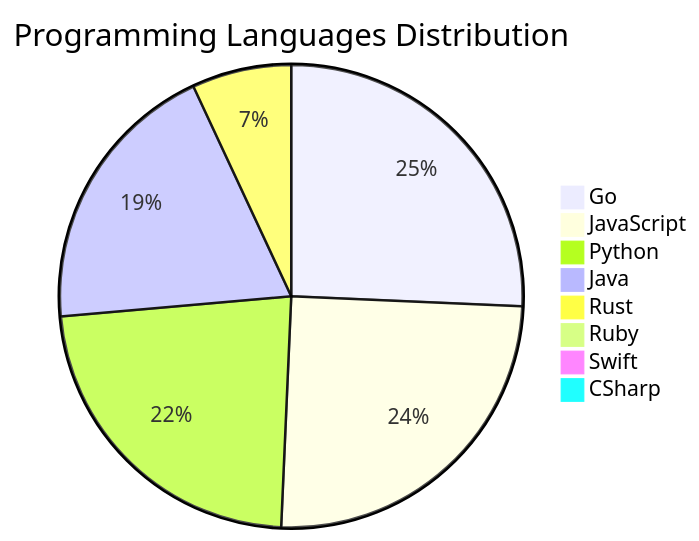
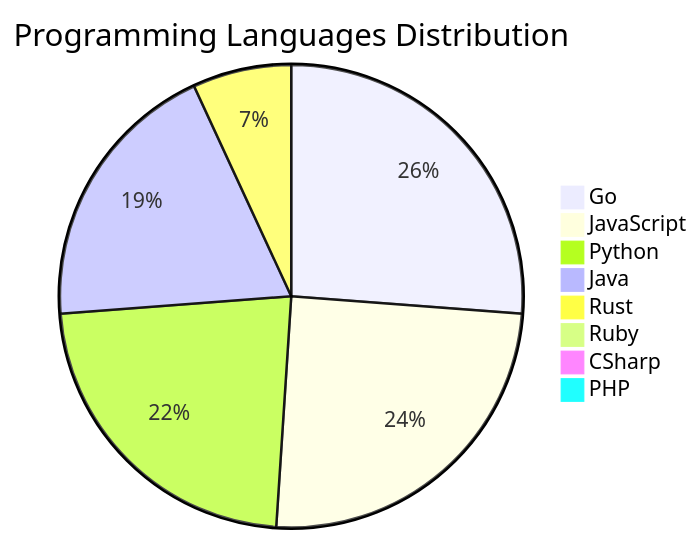
Before and after one commit to Derrick-MUGISHA/github-activity-bot: the diagram in README.md, drawn with Mermaid. The commit also changed other lines of this file and 4 other files, not shown here.

````diff
--- a/README.md
+++ b/README.md
@@ -209,11 +208,11 @@
 ```mermaid
 pie title Programming Languages Distribution
-    "Go" : 37
+    "Go" : 38
     "JavaScript" : 36
     "Python" : 33
     "Java" : 28
     "Rust" : 10
     "Ruby" : 1
-    "Swift" : 1
     "CSharp" : 1
+    "PHP" : 1
 ```
````
